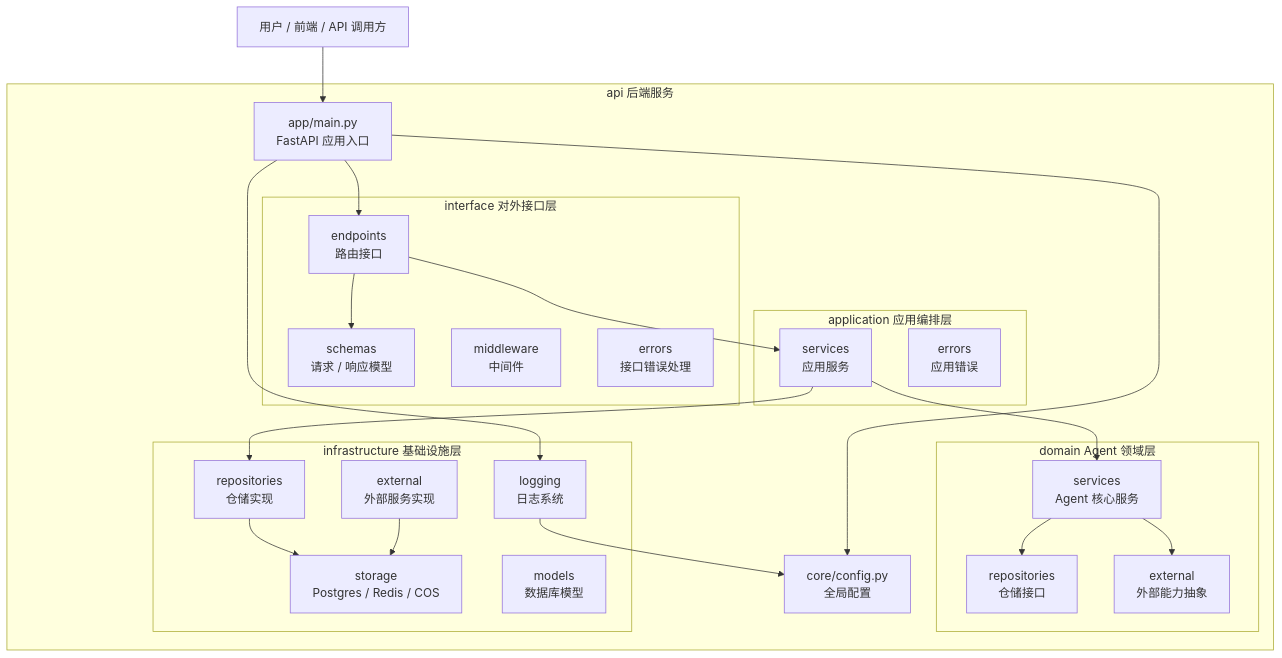
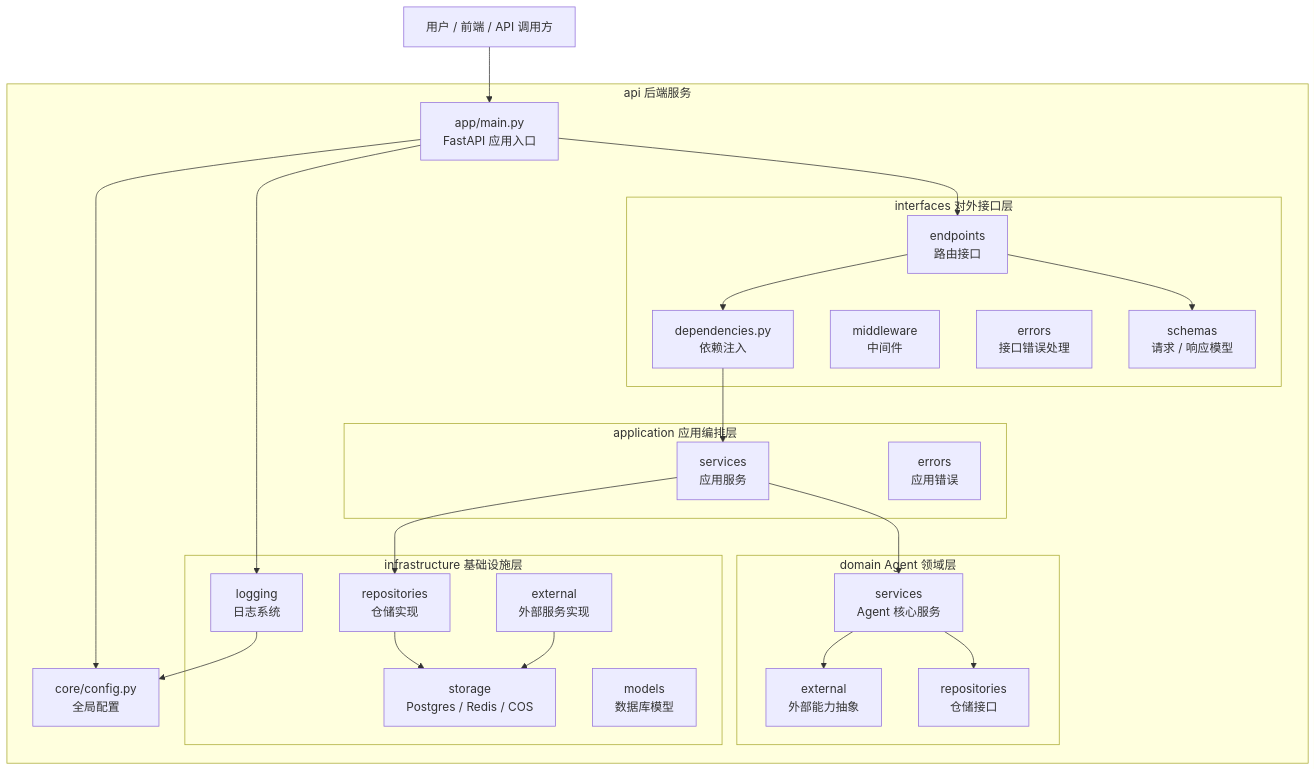
One commit to zzf-857/mooc-manus-learning changed the first of 5 diagrams in docs/LEARNING.md. Above: the diagram before and after it, drawn with Mermaid. The commit also changed other lines of this file and 64 other files, not shown here.

Commit message:
refactor: restructure backend architecture and migrate interfaces

````diff
--- a/docs/LEARNING.md
+++ b/docs/LEARNING.md
@@ -102,50 +121,52 @@
 ```mermaid
 flowchart TB
     user["用户 / 前端 / API 调用方"]
 
     subgraph api["api 后端服务"]
-        main["app/main.py\nFastAPI 应用入口"]
+        main["app/main.py<br>FastAPI 应用入口"]
 
-        subgraph interface["interface 对外接口层"]
-            endpoints["endpoints\n路由接口"]
-            schemas["schemas\n请求 / 响应模型"]
-            middleware["middleware\n中间件"]
-            api_errors["errors\n接口错误处理"]
+        subgraph interfaces["interfaces 对外接口层"]
+            endpoints["endpoints<br>路由接口"]
+            schemas["schemas<br>请求 / 响应模型"]
+            middleware["middleware<br>中间件"]
+            api_errors["errors<br>接口错误处理"]
+            deps["dependencies.py<br>依赖注入"]
         end
 
         subgraph application["application 应用编排层"]
-            app_services["services\n应用服务"]
-            app_errors["errors\n应用错误"]
+            app_services["services<br>应用服务"]
+            app_errors["errors<br>应用错误"]
         end
 
         subgraph domain["domain Agent 领域层"]
-            domain_services["services\nAgent 核心服务"]
-            domain_repositories["repositories\n仓储接口"]
-            domain_external["external\n外部能力抽象"]
+            domain_services["services<br>Agent 核心服务"]
+            domain_repositories["repositories<br>仓储接口"]
+            domain_external["external<br>外部能力抽象"]
         end
 
         subgraph infrastructure["infrastructure 基础设施层"]
-            logging_module["logging\n日志系统"]
-            storage["storage\nPostgres / Redis / COS"]
-            infra_models["models\n数据库模型"]
-            infra_repositories["repositories\n仓储实现"]
-            infra_external["external\n外部服务实现"]
+            logging_module["logging<br>日志系统"]
+            storage["storage<br>Postgres / Redis / COS"]
+            infra_models["models<br>数据库模型"]
+            infra_repositories["repositories<br>仓储实现"]
+            infra_external["external<br>外部服务实现"]
         end
 
-        core_config["core/config.py\n全局配置"]
+        core_config["core/config.py<br>全局配置"]
     end
 
     user --> main
     main --> endpoints
     endpoints --> schemas
-    endpoints --> app_services
+    endpoints --> deps
+    deps --> app_services
     app_services --> domain_services
     domain_services --> domain_repositories
     domain_services --> domain_external
     app_services --> infra_repositories
     infra_repositories --> storage
     infra_external --> storage
     main --> logging_module
     logging_module --> core_config
     main --> core_config
 ```
````
